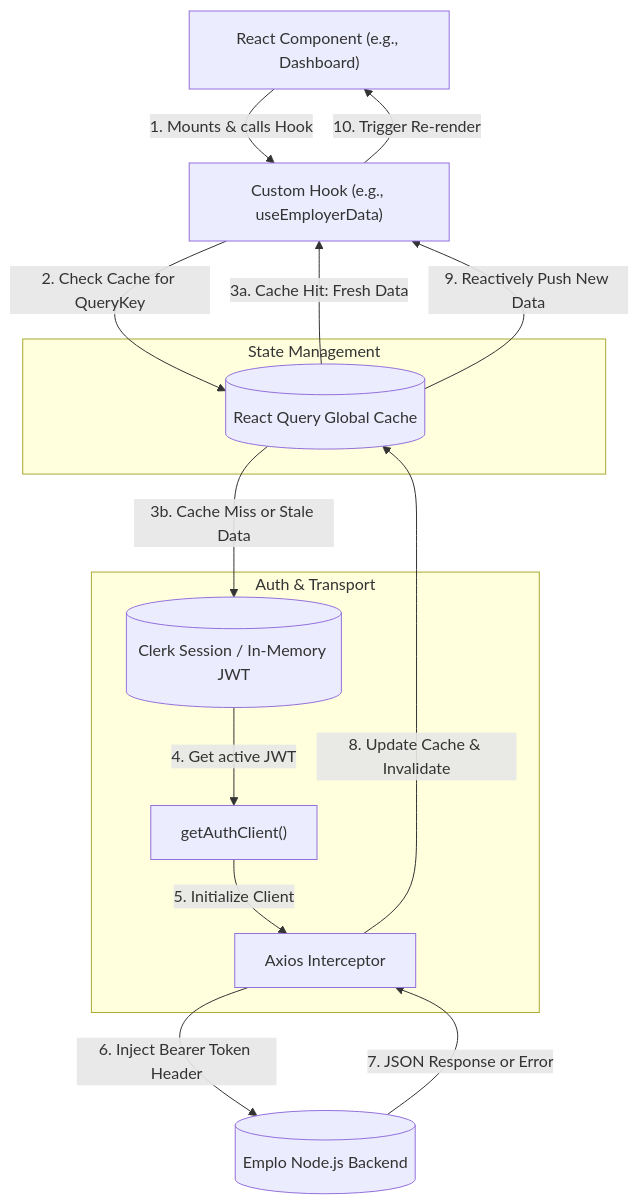
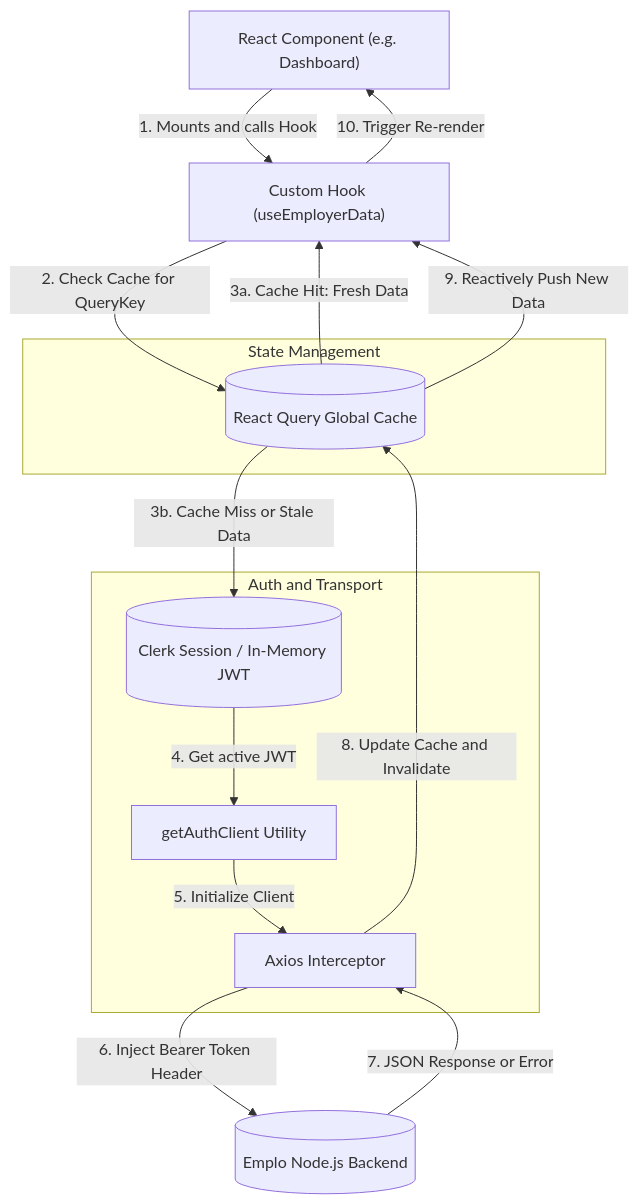
The first of 2 diagrams in public/content/Projects/EMPLO/frontend/module3_networking.md (SawanTeja/Study), drawn with Mermaid before and after one commit. The commit also changed other lines of this file and 6 other files, not shown here.

Commit message:
fix: sanitize mermaid flowcharts and sequence diagrams in frontend and backend modules

````diff
--- a/public/content/Projects/EMPLO/frontend/module3_networking.md
+++ b/public/content/Projects/EMPLO/frontend/module3_networking.md
@@ -65,31 +65,31 @@
 ```mermaid
 flowchart TD
-    UI["React Component (e.g., Dashboard)"]
-    Hook["Custom Hook (e.g., useEmployerData)"]
+    UI["React Component (e.g. Dashboard)"]
+    Hook["Custom Hook (useEmployerData)"]
     
     subgraph StateManagement ["State Management"]
         QueryCache[("React Query Global Cache")]
     end
     
-    subgraph AuthTransport ["Auth & Transport"]
+    subgraph AuthTransport ["Auth and Transport"]
         AuthContext[("Clerk Session / In-Memory JWT")]
-        Factory["getAuthClient()"]
+        Factory["getAuthClient Utility"]
         AxiosInstance["Axios Interceptor"]
     end
     
     Backend[("Emplo Node.js Backend")]
 
-    UI -->|1. Mounts & calls Hook| Hook
+    UI -->|1. Mounts and calls Hook| Hook
     Hook -->|2. Check Cache for QueryKey| QueryCache
     
     QueryCache -->|3a. Cache Hit: Fresh Data| Hook
     QueryCache -->|3b. Cache Miss or Stale Data| AuthContext
     AuthContext -->|4. Get active JWT| Factory
     Factory -->|5. Initialize Client| AxiosInstance
     AxiosInstance -->|6. Inject Bearer Token Header| Backend
     
     Backend -->|7. JSON Response or Error| AxiosInstance
-    AxiosInstance -->|8. Update Cache & Invalidate| QueryCache
+    AxiosInstance -->|8. Update Cache and Invalidate| QueryCache
     QueryCache -->|9. Reactively Push New Data| Hook
     Hook -->|10. Trigger Re-render| UI
 ```
````
